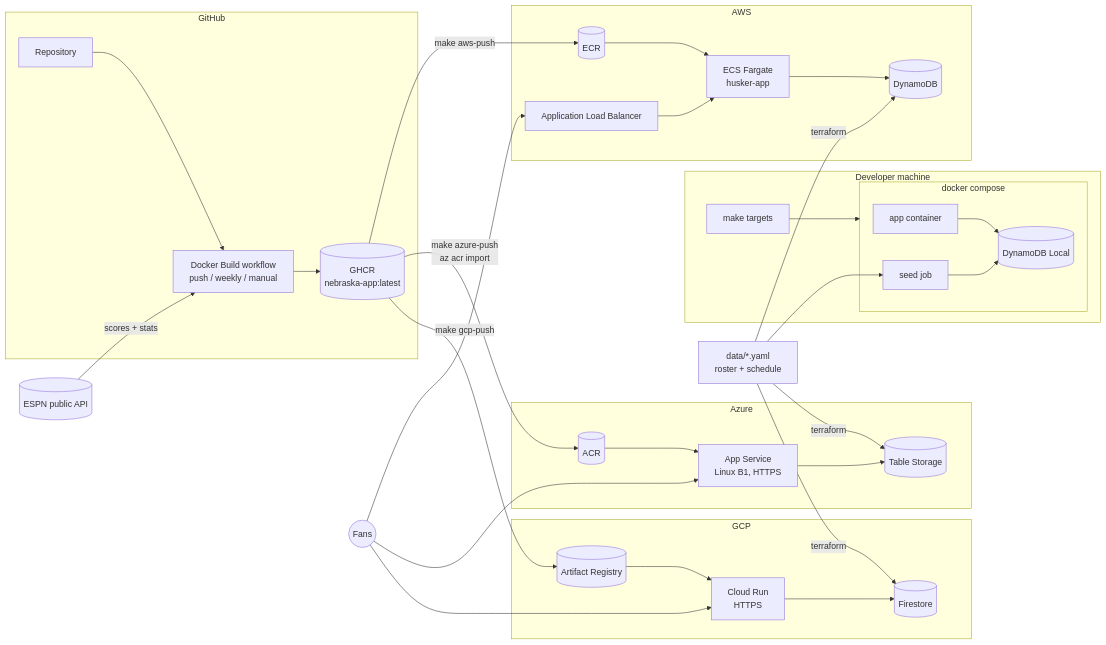
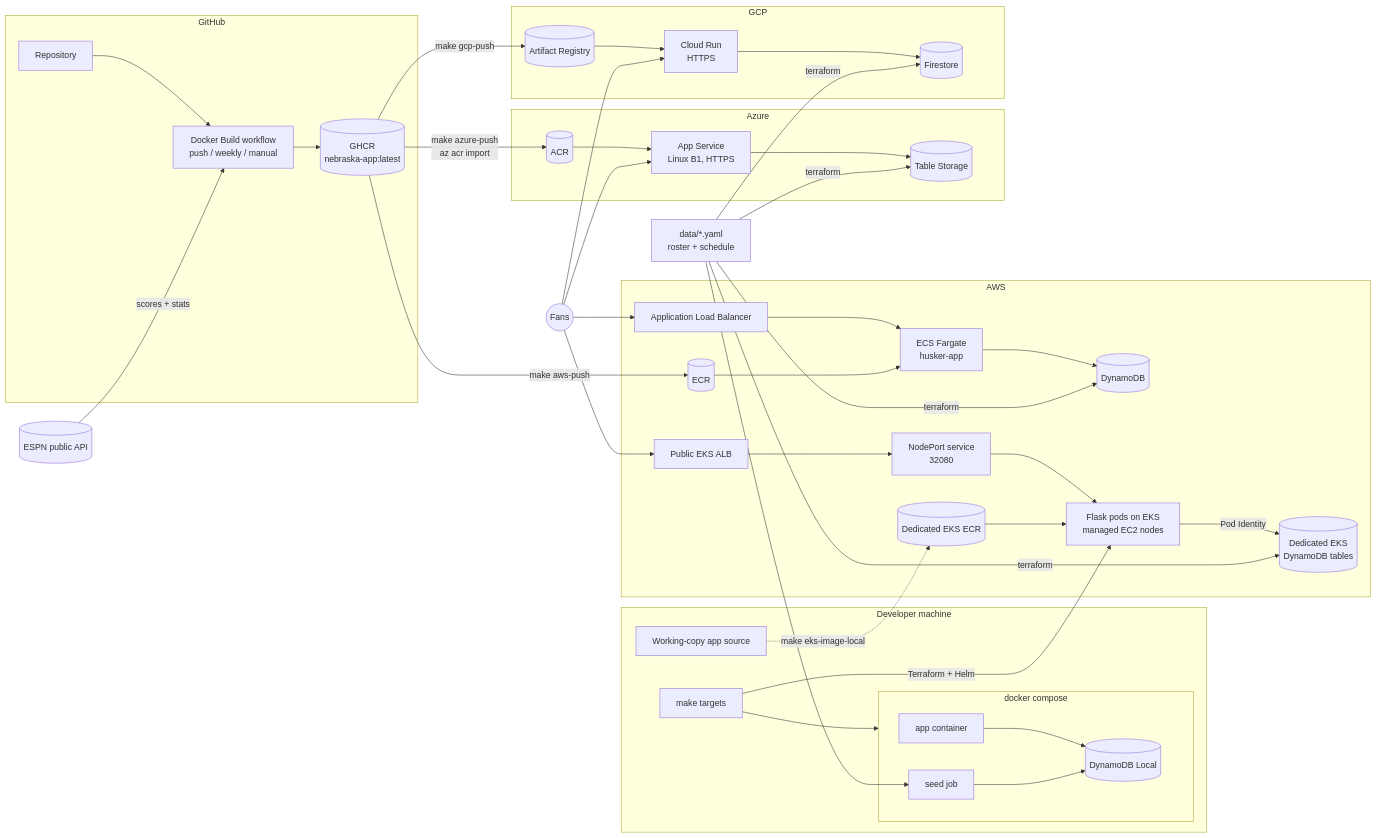
Before and after one commit to kclinden/nebraska-app: the first of 6 diagrams in README.md, drawn with Mermaid. The commit also changed other lines of this file and 26 other files, not shown here.

Commit message:
feat: add EKS deployment with public ALB and single-command setup

````diff
--- a/README.md
+++ b/README.md
@@ -110,45 +111,54 @@
 ```mermaid
 flowchart LR
     ESPN[(ESPN public API)]
     subgraph GH[GitHub]
         Repo[Repository] --> GHA[Docker Build workflow<br/>push / weekly / manual]
         GHA --> GHCR[(GHCR<br/>nebraska-app:latest)]
     end
     ESPN -- scores + stats --> GHA
 
     subgraph Dev[Developer machine]
         Make[make targets]
+        Source[Working-copy app source]
         subgraph Compose[docker compose]
             LocalApp[app container] --> DDBL[(DynamoDB Local)]
             Seed[seed job] --> DDBL
         end
     end
     Data[data/*.yaml<br/>roster + schedule] --> Seed
 
     subgraph AWS
         ALB[Application Load Balancer] --> ECS[ECS Fargate<br/>husker-app]
         ECR[(ECR)] --> ECS
         ECS --> DDB[(DynamoDB)]
+        EKSALB[Public EKS ALB] --> EKSService[NodePort service<br/>32080]
+        EKSService --> EKSPods[Flask pods on EKS<br/>managed EC2 nodes]
+        EKSECR[(Dedicated EKS ECR)] --> EKSPods
+        EKSPods -- Pod Identity --> EKSDDB[(Dedicated EKS<br/>DynamoDB tables)]
     end
 
     subgraph Azure
         ACA[App Service<br/>Linux B1, HTTPS] --> Tables[(Table Storage)]
         ACR[(ACR)] --> ACA
     end
 
     subgraph GCP
         RUN[Cloud Run<br/>HTTPS] --> FS[(Firestore)]
         GAR[(Artifact Registry)] --> RUN
     end
 
     GHCR -- make aws-push --> ECR
     GHCR -- make azure-push<br/>az acr import --> ACR
     GHCR -- make gcp-push --> GAR
     Data -- terraform --> DDB
+    Data -- terraform --> EKSDDB
     Data -- terraform --> Tables
     Data -- terraform --> FS
     Make --> Compose
+    Make -- Terraform + Helm --> EKSPods
+    Source -. make eks-image-local .-> EKSECR
     Users((Fans)) --> ALB
+    Users --> EKSALB
     Users --> ACA
     Users --> RUN
 ```
````
